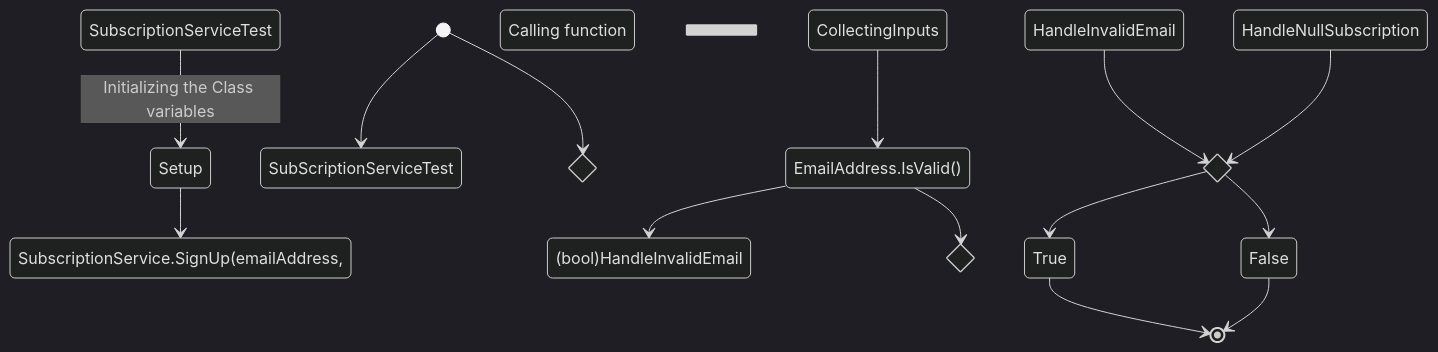
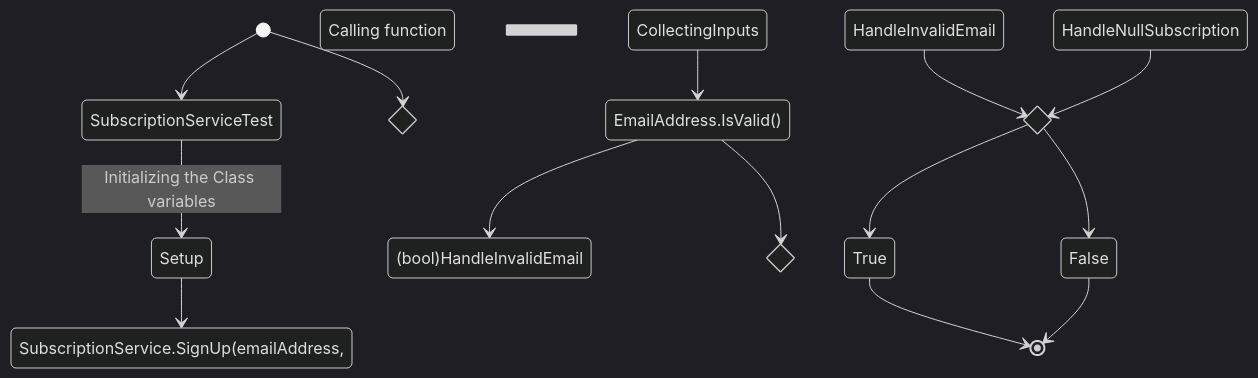
The second of 11 diagrams in model/tests/test.md (Emsaso/GetNews), drawn with Mermaid (dark theme) before and after one commit. The commit also changed other lines of this file, not shown here.

````diff
--- a/model/tests/test.md
+++ b/model/tests/test.md
@@ -32,37 +32,37 @@
 ```mermaid
 stateDiagram-v2
-[*] --> SubScriptionServiceTest
+[*] --> SubscriptionServiceTest
     SubscriptionServiceTest --> Setup: Initializing the Class variables
     Setup --> SubscriptionService.SignUp(emailAddress, null) : Calling function
     
     state AssertionState <<choice>>
     state SubscriptionCheck <<choice>>
     state EnsureEmailValidity <<choice>>
 
     EnsureEmailValidity
         [*] --> EnsureEmailValidity
 
         state CollectingInputs
         state HandleInvalidEmail
         state join_state <<join>>
 
         
         CollectingInputs --> EmailAddress.IsValid()
             EmailAddress.IsValid()--> (bool)HandleInvalidEmail
             HandleInvalidEmail  --> AssertionState
 
         
         EmailAddress.IsValid() --> SubscriptionCheck
             
             state HandleNullSubscription
 
             HandleNullSubscription --> AssertionState
         
 
     #SubscriptionService.SignUp(emailAddress, null) --> Assertion Test : Finished calling #the function ensures that the test returns true
     
     AssertionState --> True
     AssertionState --> False
     True --> [*]
     False --> [*]
 ```
````
